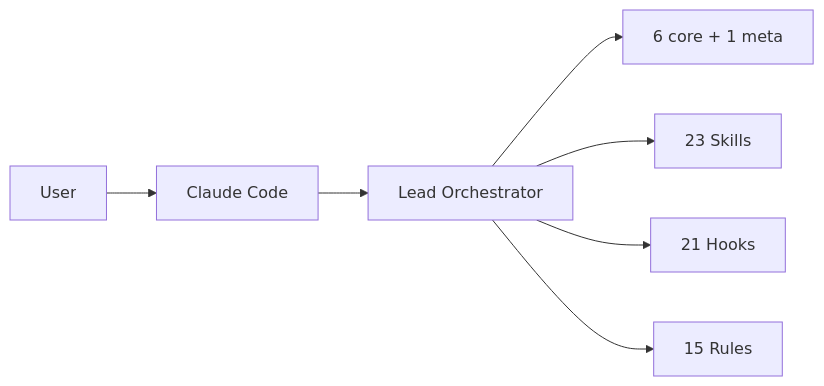
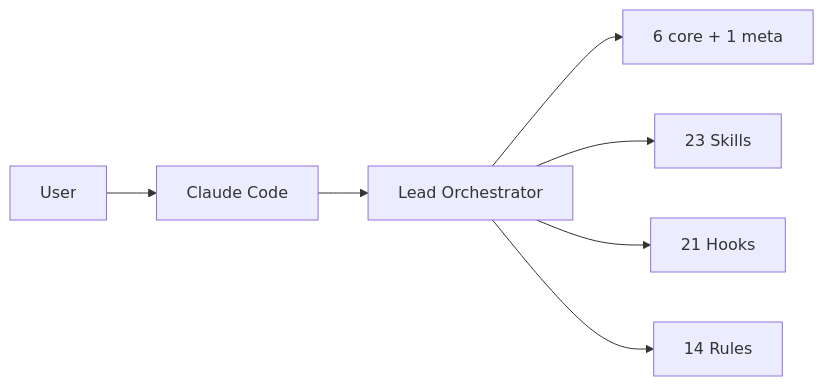
Before and after one commit to MaciWP/claude-code-poneglyph: the first of 2 diagrams in CLAUDE.md, drawn with Mermaid. The commit also changed other lines of this file, not shown here.

First line of the commit message:
fix(CLAUDE.md): correct rules count (14 not 15) and hook definition

````diff
--- a/CLAUDE.md
+++ b/CLAUDE.md
@@ -103,9 +101,9 @@
 ```mermaid
 graph LR
     User --> CC[Claude Code]
     CC --> Orch[Lead Orchestrator]
     Orch --> Agents[6 core + 1 meta]
     Orch --> Skills[23 Skills]
     Orch --> Hooks[21 Hooks]
-    Orch --> Rules[15 Rules]
+    Orch --> Rules[14 Rules]
 ```
````
